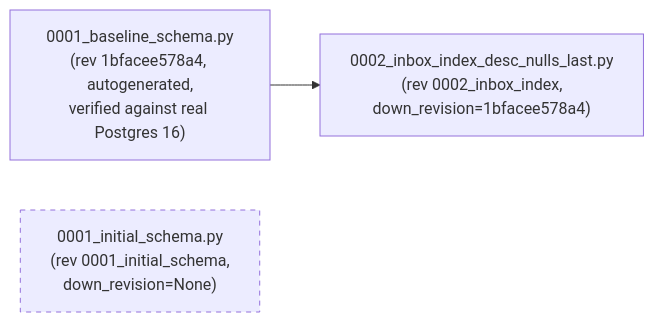
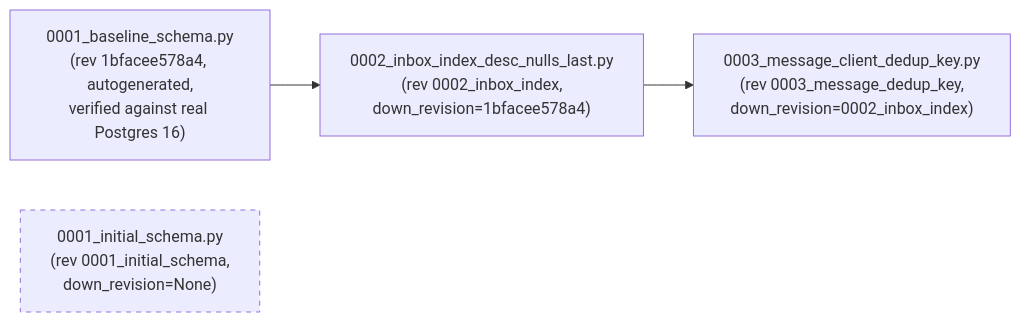
The second of 2 diagrams in docs/services/omnichannel/data-model.md (RafaelOjeda/A2Z-Core), drawn with Mermaid before and after one commit. The commit also changed other lines of this file and 30 other files, not shown here.

````diff
--- a/docs/services/omnichannel/data-model.md
+++ b/docs/services/omnichannel/data-model.md
@@ -153,6 +155,7 @@
 ```mermaid
 flowchart LR
     Baseline["0001_baseline_schema.py\n(rev 1bfacee578a4, autogenerated,\nverified against real Postgres 16)"] --> Fix["0002_inbox_index_desc_nulls_last.py\n(rev 0002_inbox_index,\ndown_revision=1bfacee578a4)"]
+    Fix --> Dedup["0003_message_client_dedup_key.py\n(rev 0003_message_dedup_key,\ndown_revision=0002_inbox_index)"]
     Orphan["0001_initial_schema.py\n(rev 0001_initial_schema,\ndown_revision=None)"]
     style Orphan stroke-dasharray: 5 5
 ```
````
